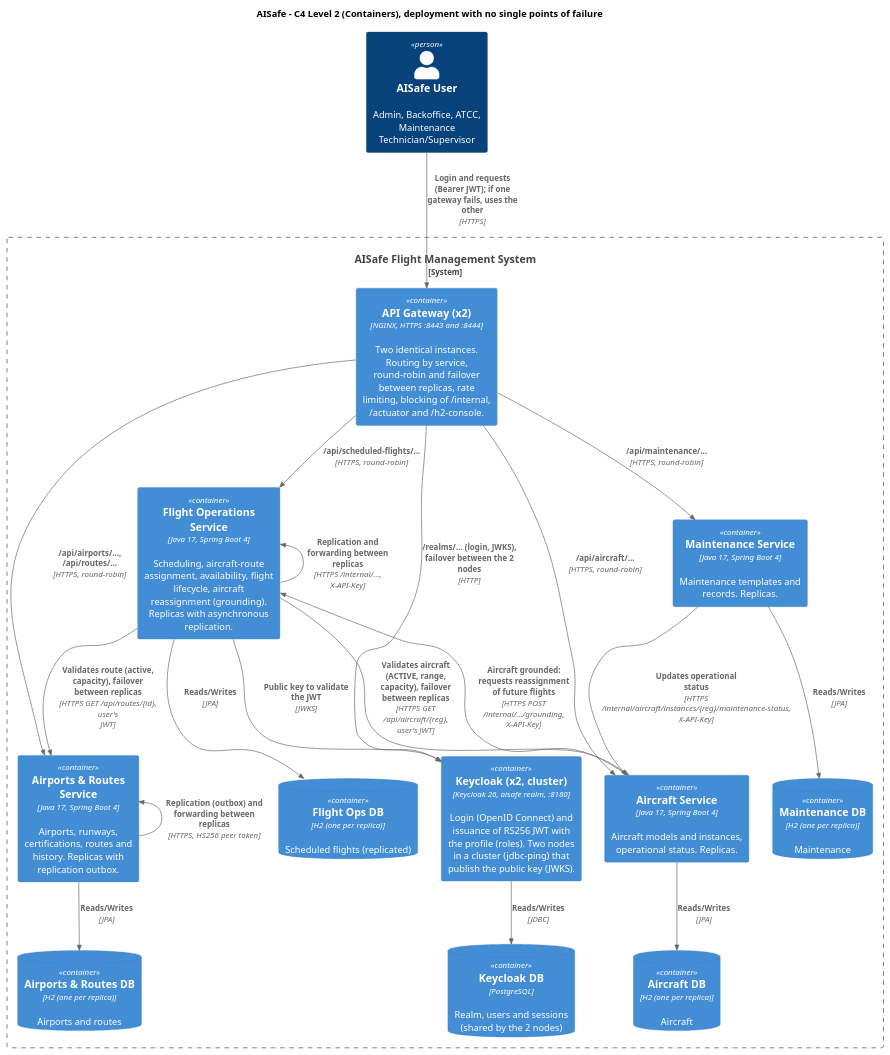
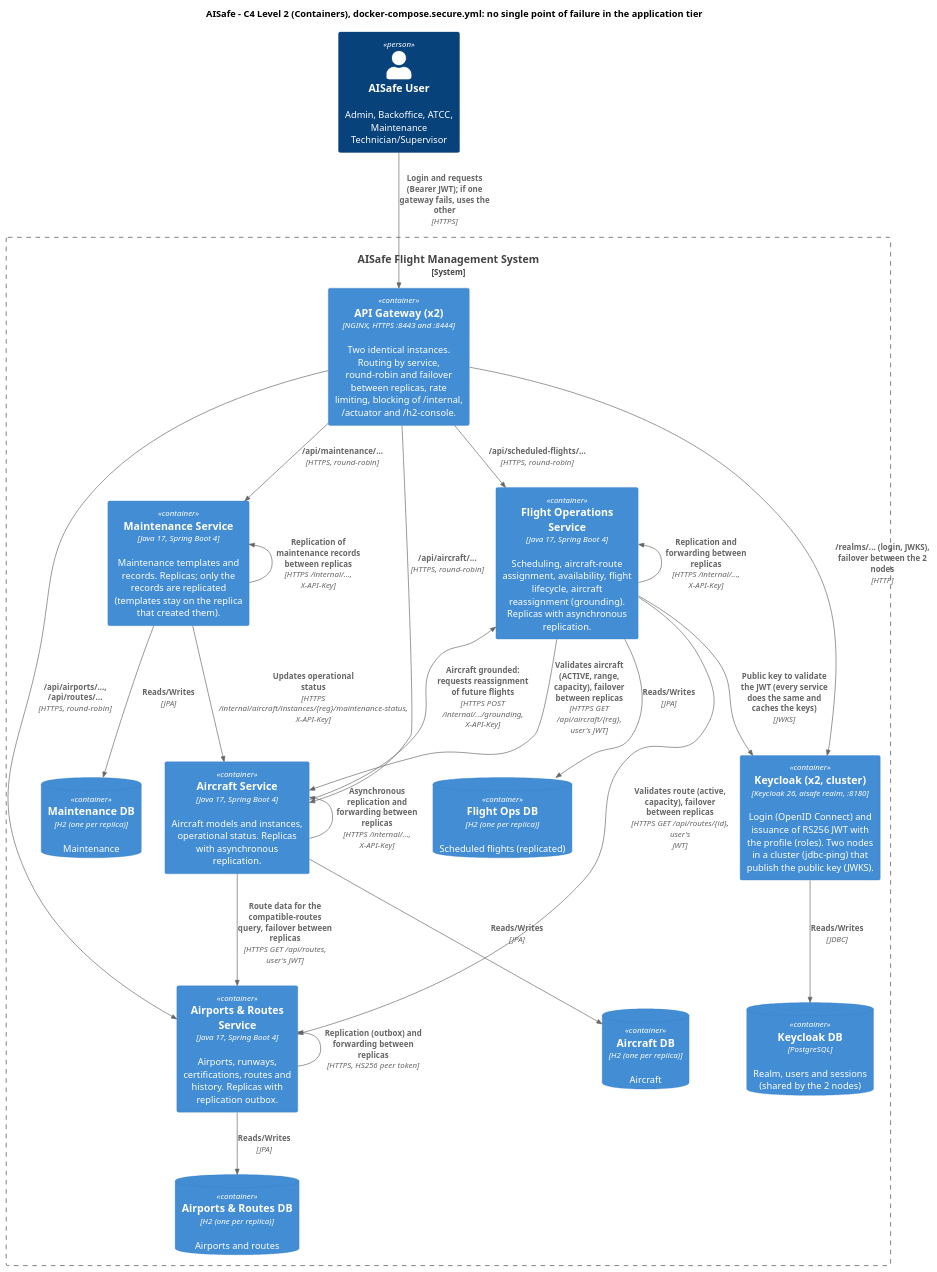
The diagram in docs/SIDIS/c4-container.puml (anamartasilvaa/SIDIG_AI_Safe), drawn with PlantUML before and after one commit. The commit also changed 6 other files, not shown here.

Commit message:
Novos diagramas do projeto + atualizados

```diff
--- a/docs/SIDIS/c4-container.puml
+++ b/docs/SIDIS/c4-container.puml
@@ -1,46 +1,49 @@
 @startuml c4-container
 !include <C4/C4_Container>
 LAYOUT_TOP_DOWN()
 
-title AISafe - C4 Level 2 (Containers), deployment with no single points of failure
+title AISafe - C4 Level 2 (Containers), docker-compose.secure.yml: no single point of failure in the application tier
 
 Person(user, "AISafe User", "Admin, Backoffice, ATCC, Maintenance Technician/Supervisor")
 
 System_Boundary(aisafe, "AISafe Flight Management System") {
     Container(gw, "API Gateway (x2)", "NGINX, HTTPS :8443 and :8444", "Two identical instances. Routing by service, round-robin and failover between replicas, rate limiting, blocking of /internal, /actuator and /h2-console.")
     Container(kc, "Keycloak (x2, cluster)", "Keycloak 26, aisafe realm, :8180", "Login (OpenID Connect) and issuance of RS256 JWT with the profile (roles). Two nodes in a cluster (jdbc-ping) that publish the public key (JWKS).")
     ContainerDb(kcdb, "Keycloak DB", "PostgreSQL", "Realm, users and sessions (shared by the 2 nodes)")
 
     Container(fo, "Flight Operations Service", "Java 17, Spring Boot 4", "Scheduling, aircraft-route assignment, availability, flight lifecycle, aircraft reassignment (grounding). Replicas with asynchronous replication.")
     Container(ar, "Airports & Routes Service", "Java 17, Spring Boot 4", "Airports, runways, certifications, routes and history. Replicas with replication outbox.")
-    Container(ac, "Aircraft Service", "Java 17, Spring Boot 4", "Aircraft models and instances, operational status. Replicas.")
-    Container(mt, "Maintenance Service", "Java 17, Spring Boot 4", "Maintenance templates and records. Replicas.")
+    Container(ac, "Aircraft Service", "Java 17, Spring Boot 4", "Aircraft models and instances, operational status. Replicas with asynchronous replication.")
+    Container(mt, "Maintenance Service", "Java 17, Spring Boot 4", "Maintenance templates and records. Replicas; only the records are replicated (templates stay on the replica that created them).")
 
     ContainerDb(fodb, "Flight Ops DB", "H2 (one per replica)", "Scheduled flights (replicated)")
     ContainerDb(ardb, "Airports & Routes DB", "H2 (one per replica)", "Airports and routes")
     ContainerDb(acdb, "Aircraft DB", "H2 (one per replica)", "Aircraft")
     ContainerDb(mtdb, "Maintenance DB", "H2 (one per replica)", "Maintenance")
 }
 
 Rel(user, gw, "Login and requests (Bearer JWT); if one gateway fails, uses the other", "HTTPS")
 Rel(gw, kc, "/realms/... (login, JWKS), failover between the 2 nodes", "HTTP")
 Rel(kc, kcdb, "Reads/Writes", "JDBC")
 Rel(gw, fo, "/api/scheduled-flights/...", "HTTPS, round-robin")
 Rel(gw, ar, "/api/airports/..., /api/routes/...", "HTTPS, round-robin")
 Rel(gw, ac, "/api/aircraft/...", "HTTPS, round-robin")
 Rel(gw, mt, "/api/maintenance/...", "HTTPS, round-robin")
 
 Rel(fo, ar, "Validates route (active, capacity), failover between replicas", "HTTPS GET /api/routes/{id}, user's JWT")
 Rel(fo, ac, "Validates aircraft (ACTIVE, range, capacity), failover between replicas", "HTTPS GET /api/aircraft/{reg}, user's JWT")
 Rel(mt, ac, "Updates operational status", "HTTPS /internal/aircraft/instances/{reg}/maintenance-status, X-API-Key")
 Rel(ac, fo, "Aircraft grounded: requests reassignment of future flights", "HTTPS POST /internal/.../grounding, X-API-Key")
-Rel(fo, kc, "Public key to validate the JWT", "JWKS")
+Rel(fo, kc, "Public key to validate the JWT (every service does the same and caches the keys)", "JWKS")
 Rel_L(fo, fo, "Replication and forwarding between replicas", "HTTPS /internal/..., X-API-Key")
 Rel_L(ar, ar, "Replication (outbox) and forwarding between replicas", "HTTPS, HS256 peer token")
+Rel_L(ac, ac, "Asynchronous replication and forwarding between replicas", "HTTPS /internal/..., X-API-Key")
+Rel_L(mt, mt, "Replication of maintenance records between replicas", "HTTPS /internal/..., X-API-Key")
+Rel(ac, ar, "Route data for the compatible-routes query, failover between replicas", "HTTPS GET /api/routes, user's JWT")
 
 Rel(fo, fodb, "Reads/Writes", "JPA")
 Rel(ar, ardb, "Reads/Writes", "JPA")
 Rel(ac, acdb, "Reads/Writes", "JPA")
 Rel(mt, mtdb, "Reads/Writes", "JPA")
 
 @enduml
```
